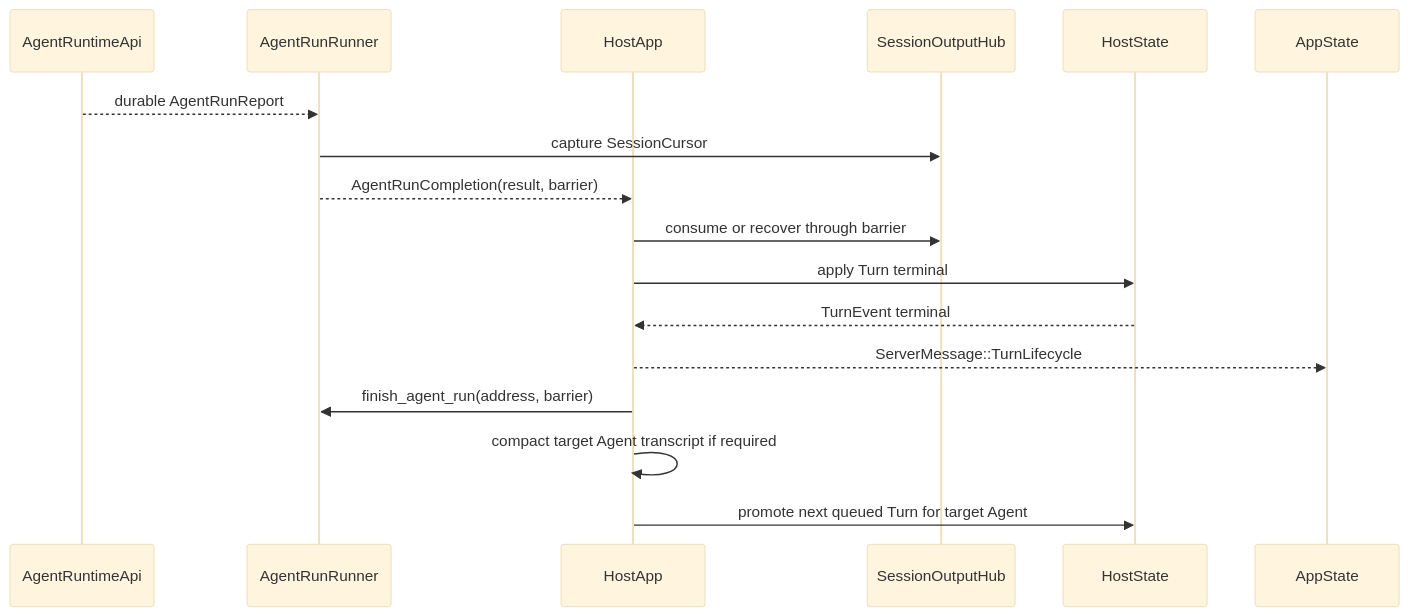
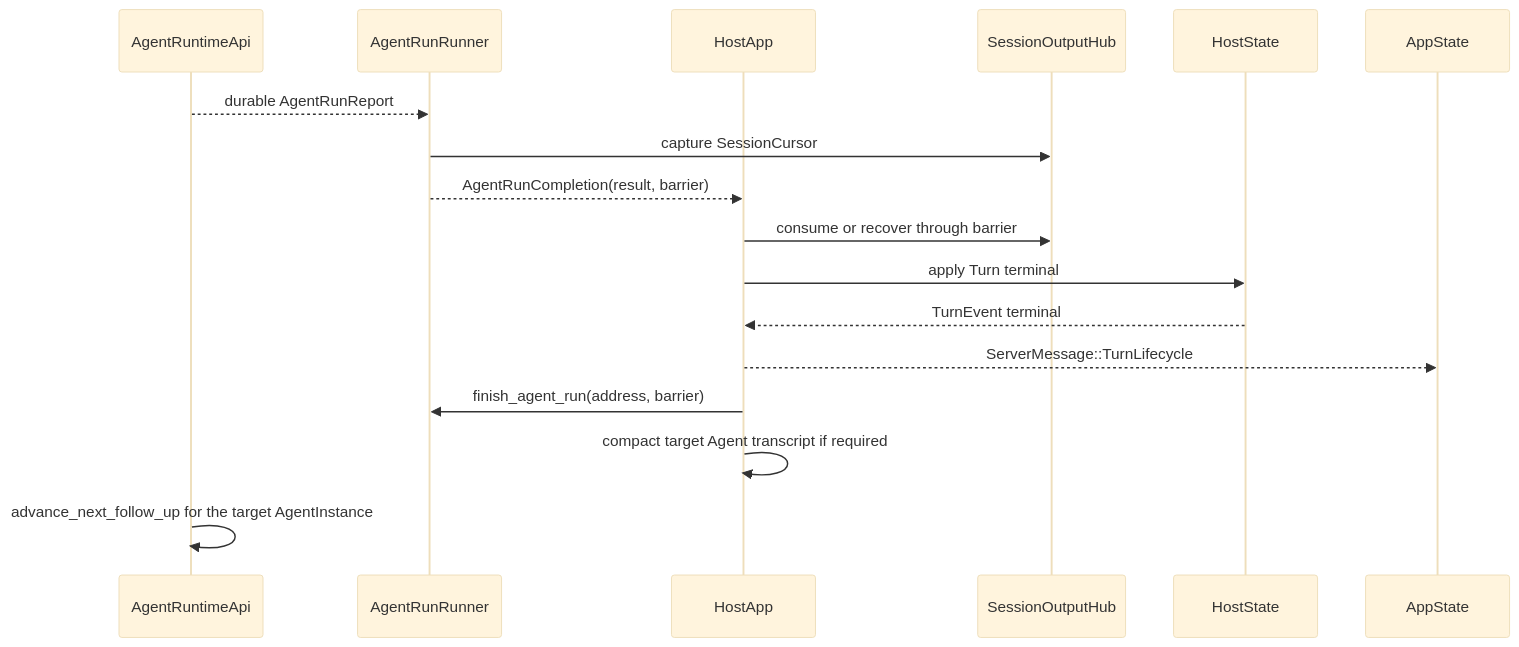
One commit to biuld/piko changed the third of 3 diagrams in docs/hostd-turn-model.md. Above: the diagram before and after it, drawn with Mermaid (base theme). The commit also changed other lines of this file and 38 other files, not shown here.

First line of the commit message:
feat(hostd/orchd): implement durable agent follow-up queues and refine turn observation

````diff
--- a/docs/hostd-turn-model.md
+++ b/docs/hostd-turn-model.md
@@ -662,20 +688,20 @@
 ```mermaid
 sequenceDiagram
     participant A as AgentRuntimeApi
     participant R as AgentRunRunner
     participant H as HostApp
     participant O as SessionOutputHub
     participant S as HostState
     participant T as AppState
 
     A-->>R: durable AgentRunReport
     R->>O: capture SessionCursor
     R-->>H: AgentRunCompletion(result, barrier)
     H->>O: consume or recover through barrier
     H->>S: apply Turn terminal
     S-->>H: TurnEvent terminal
     H-->>T: ServerMessage::TurnLifecycle
     H->>R: finish_agent_run(address, barrier)
     H->>H: compact target Agent transcript if required
-    H->>S: promote next queued Turn for target Agent
+    A->>A: advance_next_follow_up for the target AgentInstance
 ```
````
